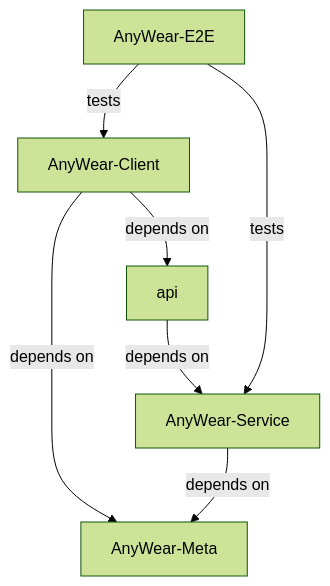
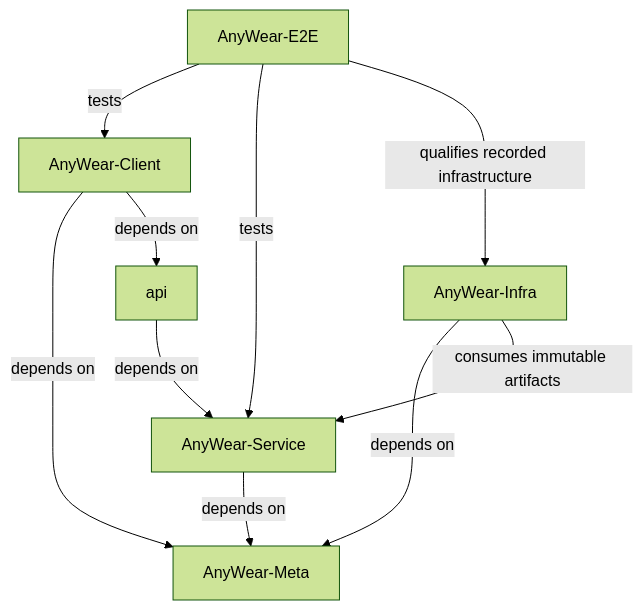
One commit to git-malu/AnyWear-E2E changed the second of 2 diagrams in AGENTS.md. Above: the diagram before and after it, drawn with Mermaid (forest theme). The commit also changed other lines of this file and 6 other files, not shown here.

Commit message:
docs: register immutable Infra source and clarify repository ownership

````diff
--- a/AGENTS.md
+++ b/AGENTS.md
@@ -32,9 +43,12 @@
 ```mermaid
 graph TD
     AnyWear-Client --> |depends on| AnyWear-Meta
     AnyWear-Service --> |depends on| AnyWear-Meta 
+    AnyWear-Infra --> |depends on| AnyWear-Meta
+    AnyWear-Infra --> |consumes immutable artifacts| AnyWear-Service
     AnyWear-Client --> |depends on| api
     api --> |depends on| AnyWear-Service
     AnyWear-E2E --> |tests| AnyWear-Client
     AnyWear-E2E --> |tests| AnyWear-Service
+    AnyWear-E2E --> |qualifies recorded infrastructure| AnyWear-Infra
 ```
````
